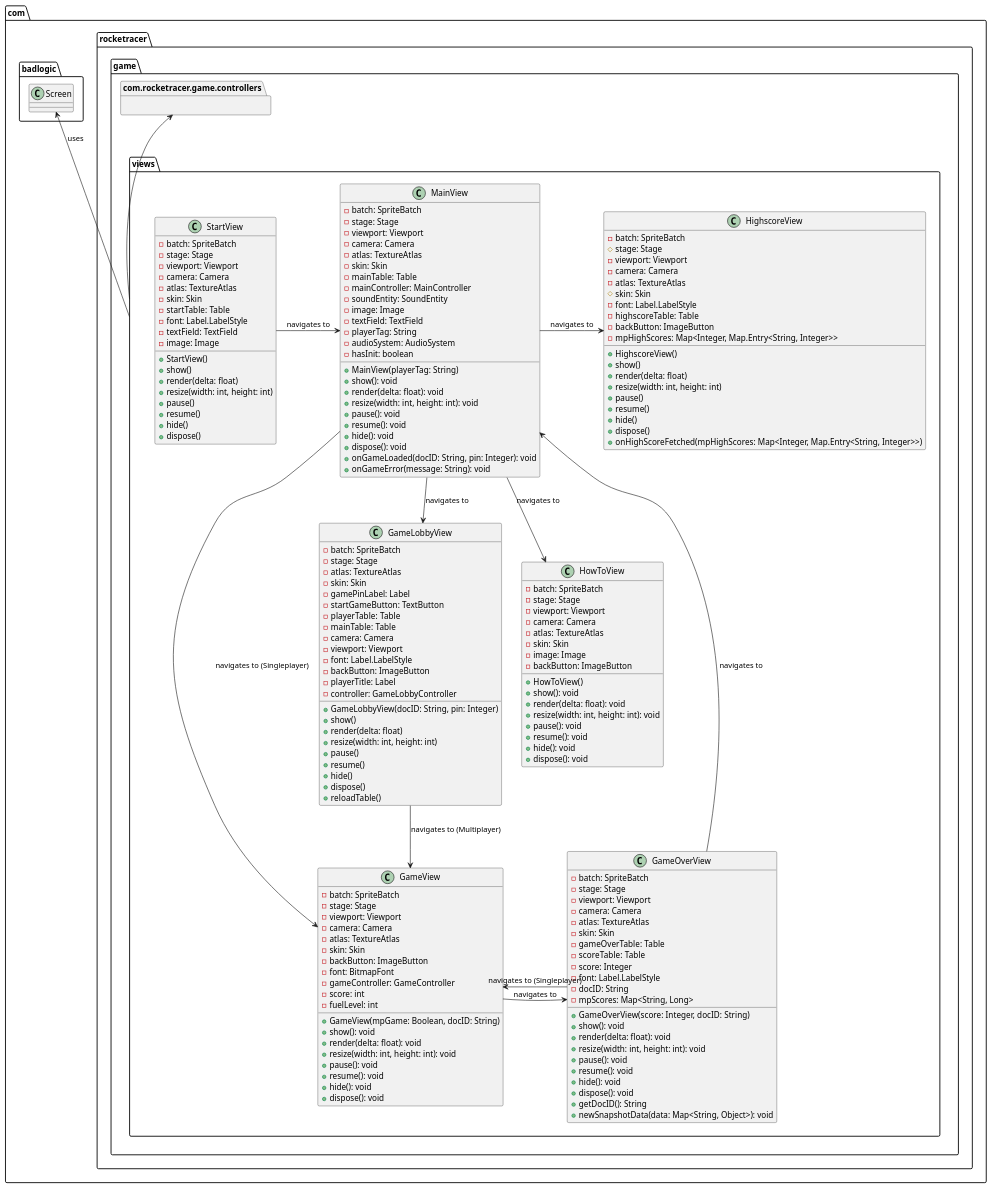
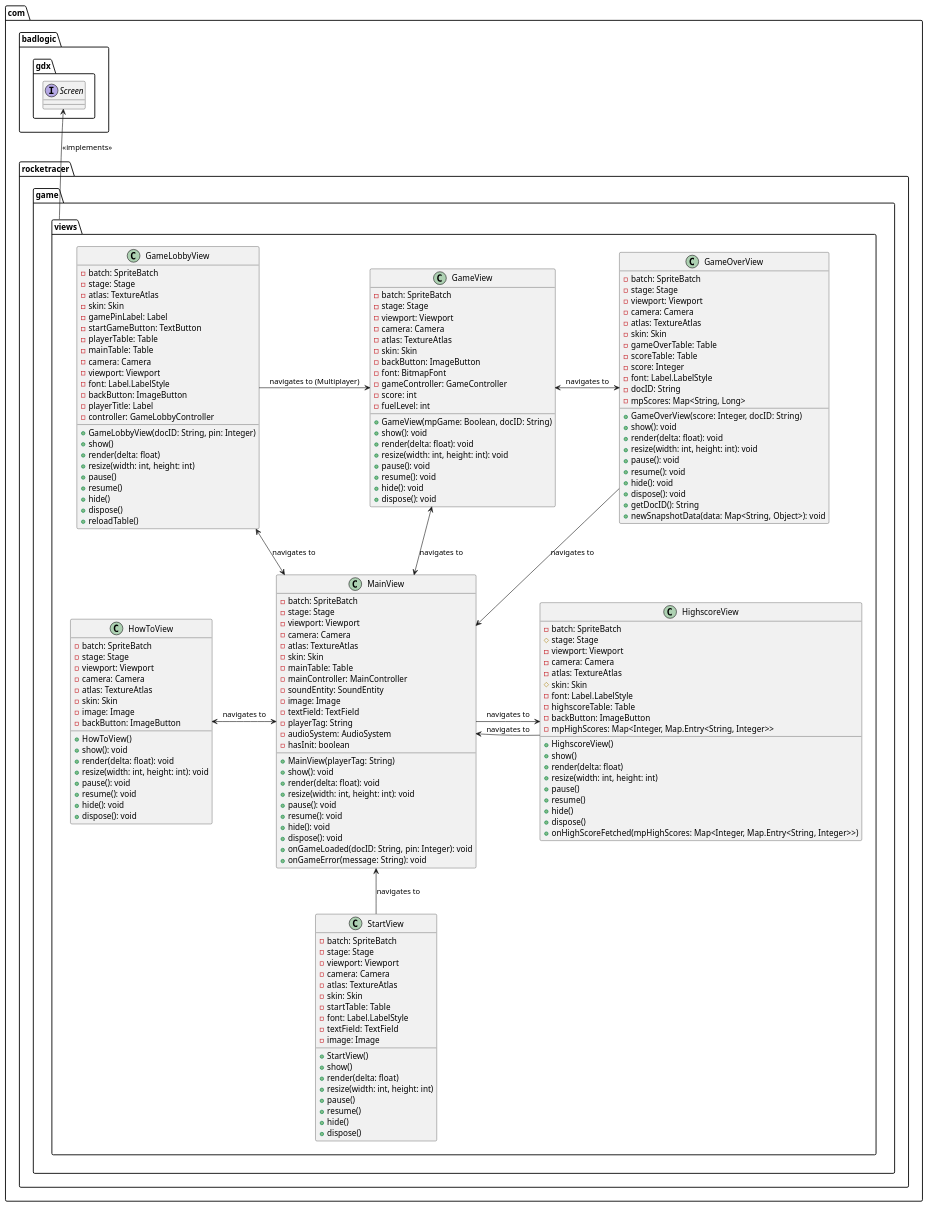
Before and after one commit to erik-tt/Rocket-Racer: the diagram in documentation/com/rocketracer/game/Views/Views.puml, drawn with PlantUML. The commit also changed 2 other files, not shown here.

```diff
--- a/documentation/com/rocketracer/game/Views/Views.puml
+++ b/documentation/com/rocketracer/game/Views/Views.puml
@@ -1,181 +1,183 @@
 @startuml
         package com.rocketracer.game.views {
             class GameLobbyView {
                 - batch: SpriteBatch
                 - stage: Stage
                 - atlas: TextureAtlas
                 - skin: Skin
                 - gamePinLabel: Label
                 - startGameButton: TextButton
                 - playerTable: Table
                 - mainTable: Table
                 - camera: Camera
                 - viewport: Viewport
                 - font: Label.LabelStyle
                 - backButton: ImageButton
                 - playerTitle: Label
                 - controller: GameLobbyController
                 + GameLobbyView(docID: String, pin: Integer)
                 + show()
                 + render(delta: float)
                 + resize(width: int, height: int)
                 + pause()
                 + resume()
                 + hide()
                 + dispose()
                 + reloadTable()
             }
                     class GameOverView {
                         - batch: SpriteBatch
                         - stage: Stage
                         - viewport: Viewport
                         - camera: Camera
                         - atlas: TextureAtlas
                         - skin: Skin
                         - gameOverTable: Table
                         - scoreTable: Table
                         - score: Integer
                         - font: Label.LabelStyle
                         - docID: String
                         - mpScores: Map<String, Long>
                         + GameOverView(score: Integer, docID: String)
                         + show(): void
                         + render(delta: float): void
                         + resize(width: int, height: int): void
                         + pause(): void
                         + resume(): void
                         + hide(): void
                         + dispose(): void
                         + getDocID(): String
                         + newSnapshotData(data: Map<String, Object>): void
                     }
                     class GameView {
                         - batch: SpriteBatch
                         - stage: Stage
                         - viewport: Viewport
                         - camera: Camera
                         - atlas: TextureAtlas
                         - skin: Skin
                         - backButton: ImageButton
                         - font: BitmapFont
                         - gameController: GameController
                         - score: int
                         - fuelLevel: int
 
                         + GameView(mpGame: Boolean, docID: String)
                         + show(): void
                         + render(delta: float): void
                         + resize(width: int, height: int): void
                         + pause(): void
                         + resume(): void
                         + hide(): void
                         + dispose(): void
                     }
                     class HighscoreView {
                         - batch: SpriteBatch
                         # stage: Stage
                         - viewport: Viewport
                         - camera: Camera
                         - atlas: TextureAtlas
                         # skin: Skin
                         - font: Label.LabelStyle
                         - highscoreTable: Table
                         - backButton: ImageButton
                         - mpHighScores: Map<Integer, Map.Entry<String, Integer>>
 
                         + HighscoreView()
                         + show()
                         + render(delta: float)
                         + resize(width: int, height: int)
                         + pause()
                         + resume()
                         + hide()
                         + dispose()
                         + onHighScoreFetched(mpHighScores: Map<Integer, Map.Entry<String, Integer>>)
 }
 class HowToView {
     - batch: SpriteBatch
     - stage: Stage
     - viewport: Viewport
     - camera: Camera
     - atlas: TextureAtlas
     - skin: Skin
     - image: Image
     - backButton: ImageButton
 
     + HowToView()
     + show(): void
     + render(delta: float): void
     + resize(width: int, height: int): void
     + pause(): void
     + resume(): void
     + hide(): void
     + dispose(): void
 }
 class MainView {
   -batch: SpriteBatch
   -stage: Stage
   -viewport: Viewport
   -camera: Camera
   -atlas: TextureAtlas
   -skin: Skin
   -mainTable: Table
   -mainController: MainController
   -soundEntity: SoundEntity
   -image: Image
   -textField: TextField
   -playerTag: String
   -audioSystem: AudioSystem
   -hasInit: boolean
   +MainView(playerTag: String)
   +show(): void
   +render(delta: float): void
   +resize(width: int, height: int): void
   +pause(): void
   +resume(): void
   +hide(): void
   +dispose(): void
   +onGameLoaded(docID: String, pin: Integer): void
   +onGameError(message: String): void
 }
 class StartView {
     - batch: SpriteBatch
     - stage: Stage
     - viewport: Viewport
     - camera: Camera
     - atlas: TextureAtlas
     - skin: Skin
     - startTable: Table
     - font: Label.LabelStyle
     - textField: TextField
     - image: Image
     + StartView()
     + show()
     + render(delta: float)
     + resize(width: int, height: int)
     + pause()
     + resume()
     + hide()
     + dispose()
 }
         }
 
-        package com.rocketracer.game.controllers{}
+        package com.badlogic.gdx {
+            interface Screen
+        }
+
+        com.rocketracer.game.views -up-> Screen: <<implements>>
+
+        StartView -up-> MainView: navigates to
+        MainView <-left-> GameLobbyView: navigates to
         
+        GameLobbyView -right-> GameView: navigates to (Multiplayer)
+        MainView -right-> HighscoreView: navigates to
+        HighscoreView --> MainView: navigates to
 
-      com.rocketracer.game.views -up-> com.badlogic.Screen: uses
-        com.rocketracer.game.views -up-> com.rocketracer.game.controllers
+        GameView <--> MainView: navigates to
 
-        StartView -right-> MainView: navigates to
-        MainView --> GameLobbyView: navigates to
-        
-        GameLobbyView --> GameView: navigates to (Multiplayer)
-        GameView -right-> GameOverView: navigates to
-        MainView -right-> HighscoreView: navigates to
-        MainView --> GameView: navigates to (Singleplayer)
-        MainView --> HowToView: navigates to
-        GameOverView --> GameView: navigates to (Singleplayer)
+        MainView <-left-> HowToView: navigates to
+        GameOverView <-left-> GameView: navigates to
         GameOverView --> MainView: navigates to
 
 
 @enduml
```
